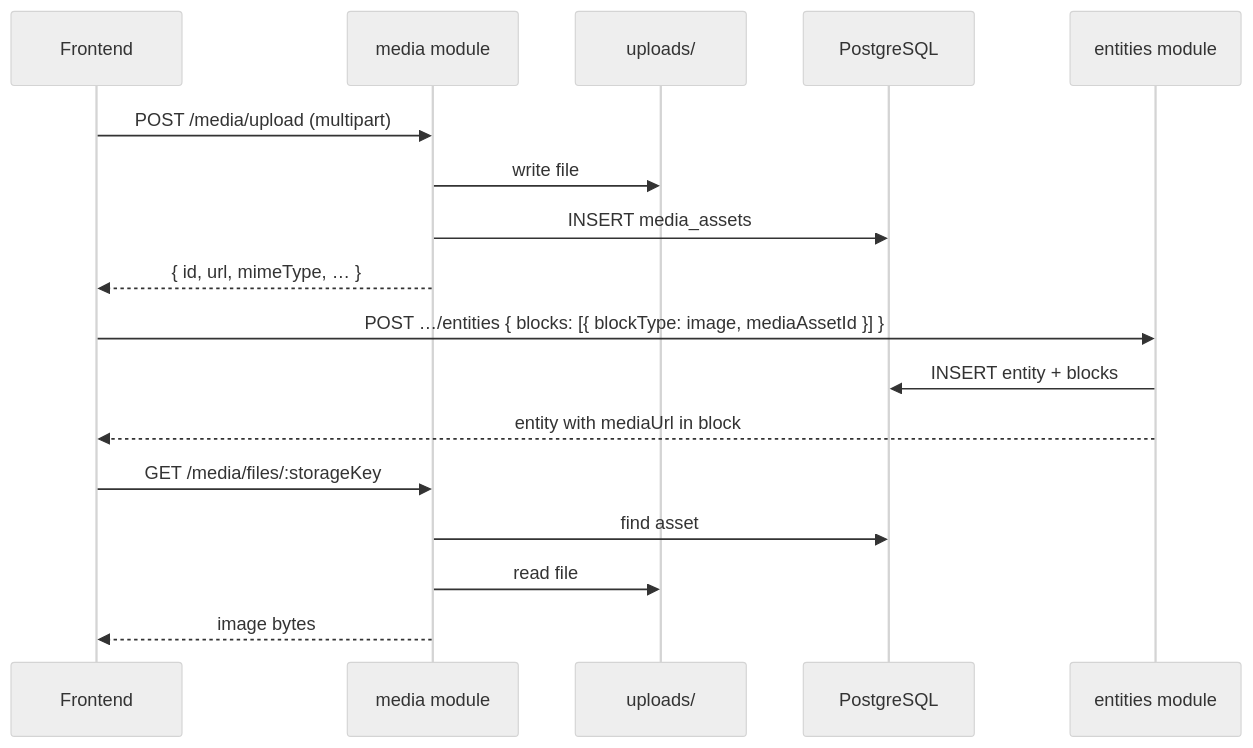
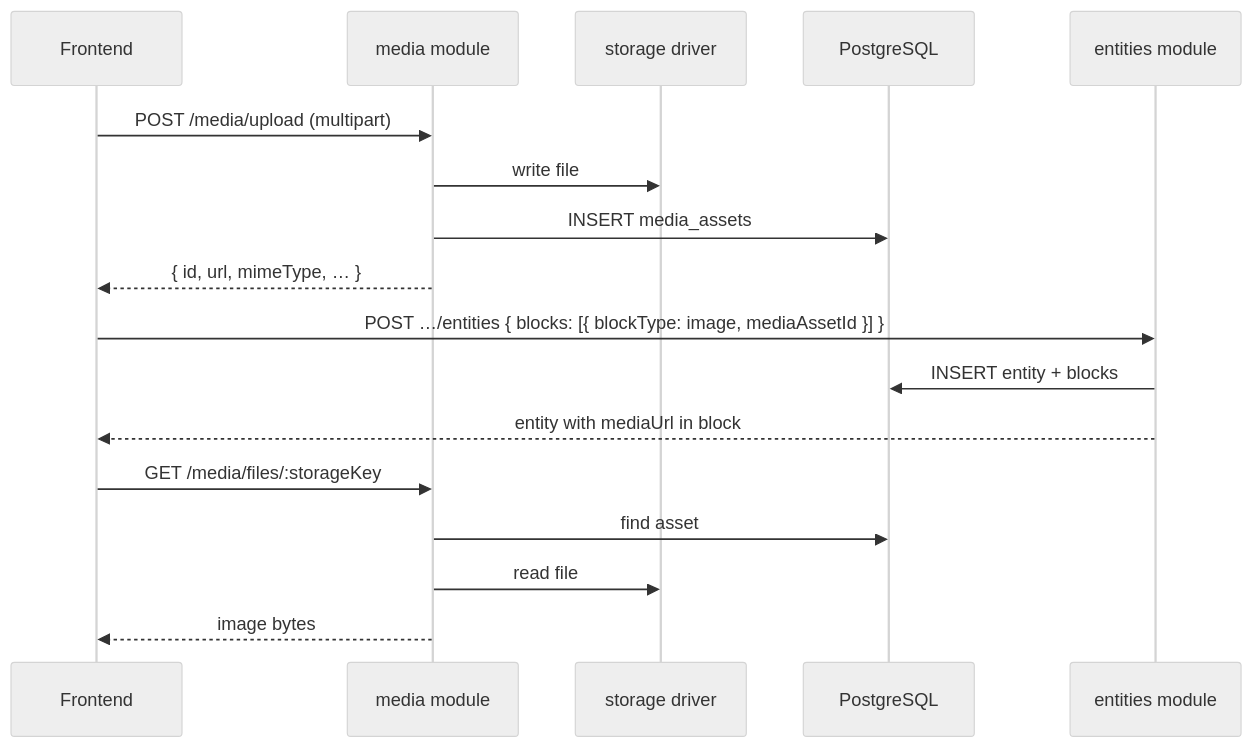
One commit to roman-ua89/remindme changed diagram 14 of 14 in backend/docs/ARCHITECTURE.md. Above: the diagram before and after it, drawn with Mermaid (neutral theme). The commit also changed other lines of this file and 13 other files, not shown here.

````diff
--- a/backend/docs/ARCHITECTURE.md
+++ b/backend/docs/ARCHITECTURE.md
@@ -555,22 +555,22 @@
 ```mermaid
 sequenceDiagram
     participant FE as Frontend
     participant Med as media module
-    participant Disk as uploads/
+    participant Disk as storage driver
     participant DB as PostgreSQL
     participant Ent as entities module
 
     FE->>Med: POST /media/upload (multipart)
     Med->>Disk: write file
     Med->>DB: INSERT media_assets
     Med-->>FE: { id, url, mimeType, … }
 
     FE->>Ent: POST …/entities { blocks: [{ blockType: image, mediaAssetId }] }
     Ent->>DB: INSERT entity + blocks
     Ent-->>FE: entity with mediaUrl in block
 
     FE->>Med: GET /media/files/:storageKey
     Med->>DB: find asset
     Med->>Disk: read file
     Med-->>FE: image bytes
 ```
````
